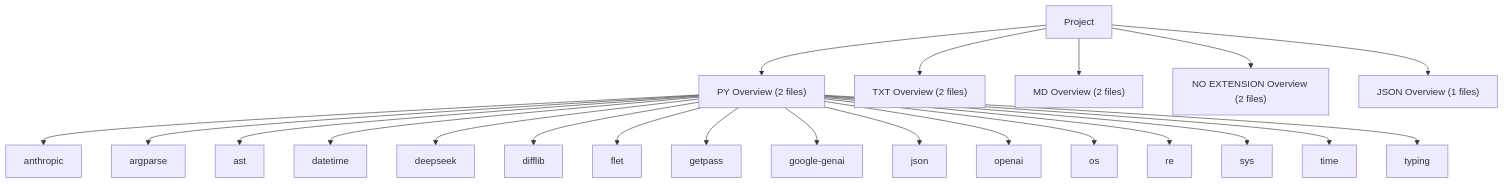
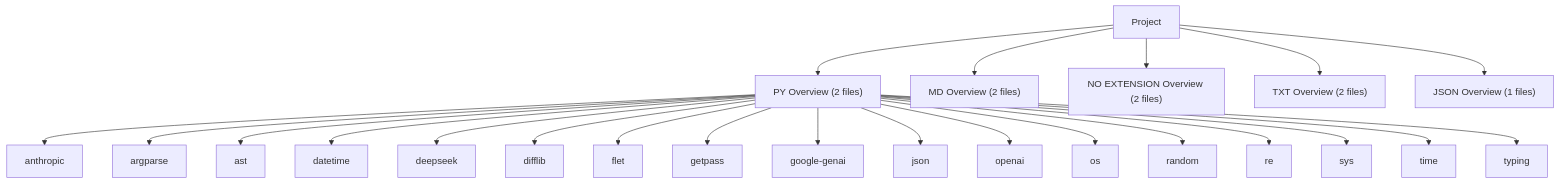
The second of 8 diagrams in readme.md (lystwork/ndaversis), drawn with Mermaid before and after one commit. The commit also changed other lines of this file and 4 other files, not shown here.

Commit message:
feat: Enhance change summary generation with detailed file metrics, Mermaid visualization, and AI insights, bump version, and remove outdated assets and terms of service.

````diff
--- a/readme.md
+++ b/readme.md
@@ -272,24 +272,25 @@
 ```mermaid
 graph TD
     Project --> lang_PY["PY Overview (2 files)"]
     lang_PY --> dep_anthropic["anthropic"]
     lang_PY --> dep_argparse["argparse"]
     lang_PY --> dep_ast["ast"]
     lang_PY --> dep_datetime["datetime"]
     lang_PY --> dep_deepseek["deepseek"]
     lang_PY --> dep_difflib["difflib"]
     lang_PY --> dep_flet["flet"]
     lang_PY --> dep_getpass["getpass"]
     lang_PY --> dep_google_genai["google-genai"]
     lang_PY --> dep_json["json"]
     lang_PY --> dep_openai["openai"]
     lang_PY --> dep_os["os"]
+    lang_PY --> dep_random["random"]
     lang_PY --> dep_re["re"]
     lang_PY --> dep_sys["sys"]
     lang_PY --> dep_time["time"]
     lang_PY --> dep_typing["typing"]
-    Project --> lang_TXT["TXT Overview (2 files)"]
     Project --> lang_MD["MD Overview (2 files)"]
     Project --> lang_NO_EXTENSION["NO EXTENSION Overview (2 files)"]
+    Project --> lang_TXT["TXT Overview (2 files)"]
     Project --> lang_JSON["JSON Overview (1 files)"]
 ```
````
